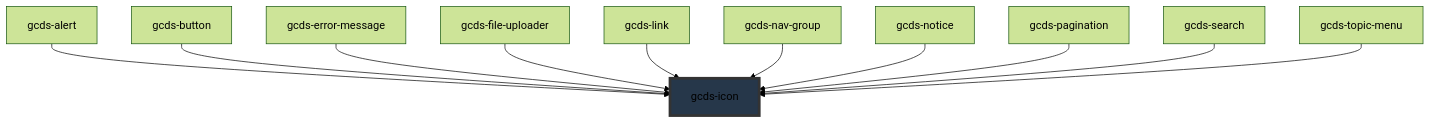
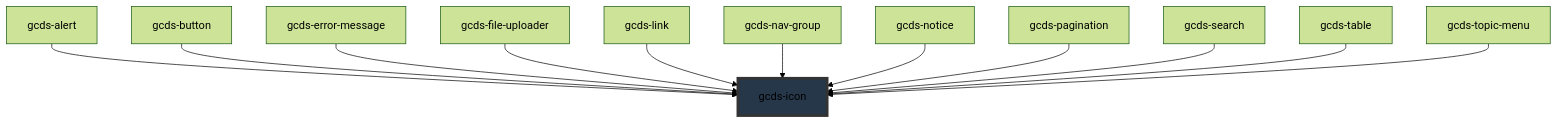
The diagram in packages/web/src/components/gcds-icon/readme.md (cds-snc/gcds-components), drawn with Mermaid (forest theme) before and after one commit. The commit also changed other lines of this file and 6 other files, not shown here.

````diff
--- a/packages/web/src/components/gcds-icon/readme.md
+++ b/packages/web/src/components/gcds-icon/readme.md
@@ -39,14 +40,15 @@
 ```mermaid
 graph TD;
   gcds-alert --> gcds-icon
   gcds-button --> gcds-icon
   gcds-error-message --> gcds-icon
   gcds-file-uploader --> gcds-icon
   gcds-link --> gcds-icon
   gcds-nav-group --> gcds-icon
   gcds-notice --> gcds-icon
   gcds-pagination --> gcds-icon
   gcds-search --> gcds-icon
+  gcds-table --> gcds-icon
   gcds-topic-menu --> gcds-icon
   style gcds-icon fill:#26374a,stroke:#333,stroke-width:4px
 ```
````
